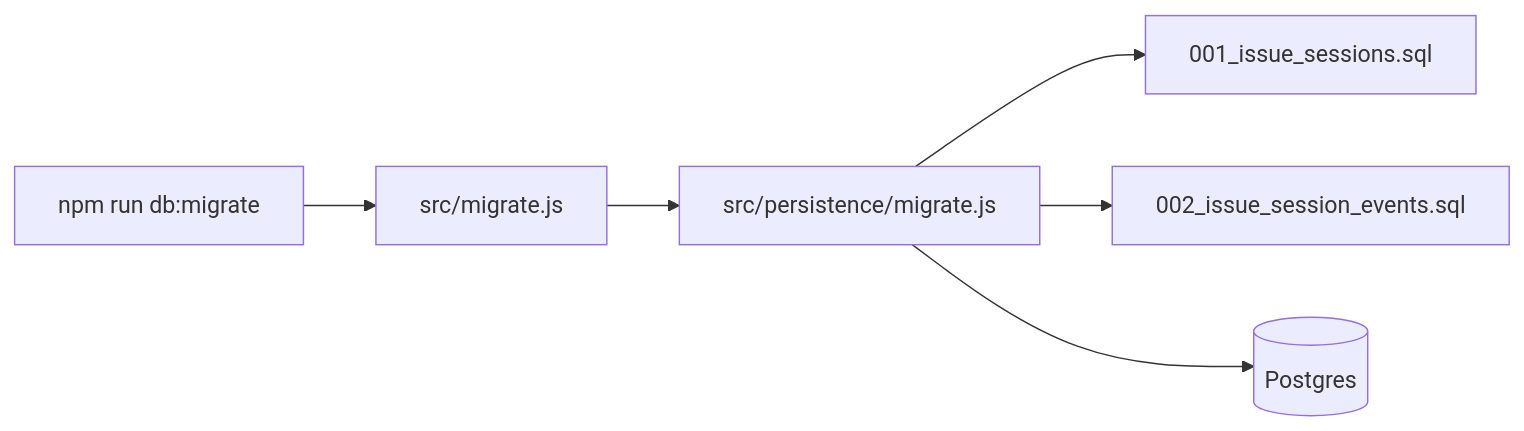
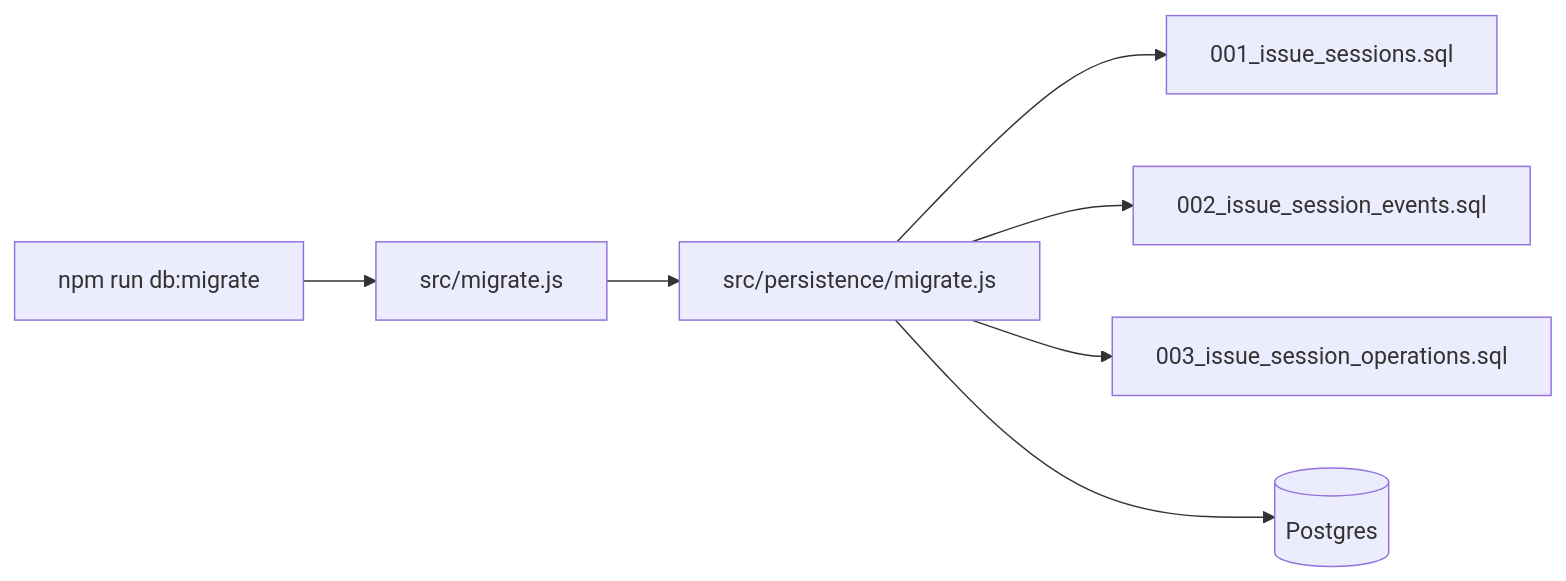
Before and after one commit to FirePheonix/doom-on-github-issues: the fourth of 4 diagrams in documentation/v3-release-notes/operations.md, drawn with Mermaid. The commit also changed other lines of this file and 5 other files, not shown here.

````diff
--- a/documentation/v3-release-notes/operations.md
+++ b/documentation/v3-release-notes/operations.md
@@ -42,8 +66,9 @@
 ```mermaid
 flowchart LR
   CLI[npm run db:migrate] --> MIG[src/migrate.js]
   MIG --> RUN[src/persistence/migrate.js]
   RUN --> SQL1[001_issue_sessions.sql]
   RUN --> SQL2[002_issue_session_events.sql]
+  RUN --> SQL3[003_issue_session_operations.sql]
   RUN --> PG[(Postgres)]
 ```
````
